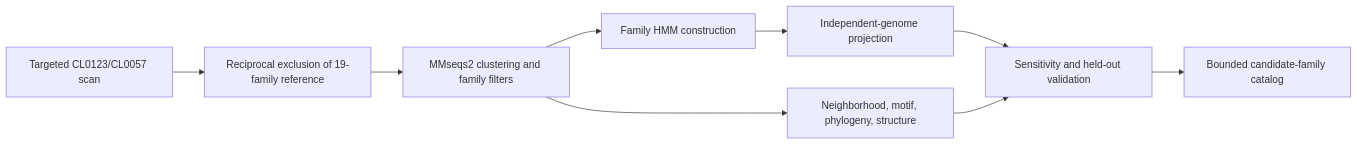
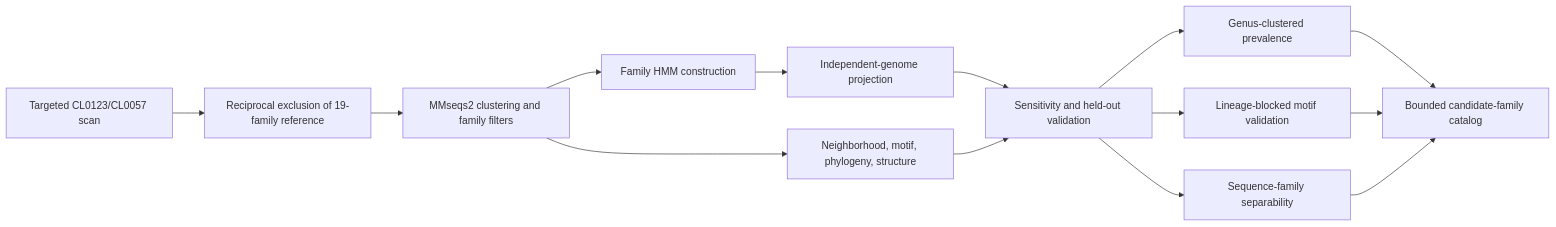
One commit to ajayvellanki0720-boop/archaeal-dbd-catalog changed the diagram in docs/WORKFLOW.md. Above: the diagram before and after it, drawn with Mermaid. The commit also changed other lines of this file and 36 other files, not shown here.

````diff
--- a/docs/WORKFLOW.md
+++ b/docs/WORKFLOW.md
@@ -3,11 +3,16 @@
 ```mermaid
 flowchart LR
   A[Targeted CL0123/CL0057 scan] --> B[Reciprocal exclusion of 19-family reference]
   B --> C[MMseqs2 clustering and family filters]
   C --> D[Family HMM construction]
   D --> E[Independent-genome projection]
   C --> F[Neighborhood, motif, phylogeny, structure]
   E --> G[Sensitivity and held-out validation]
   F --> G
-  G --> H[Bounded candidate-family catalog]
+  G --> H[Genus-clustered prevalence]
+  G --> I[Lineage-blocked motif validation]
+  G --> J[Sequence-family separability]
+  H --> K[Bounded candidate-family catalog]
+  I --> K
+  J --> K
 ```
````
